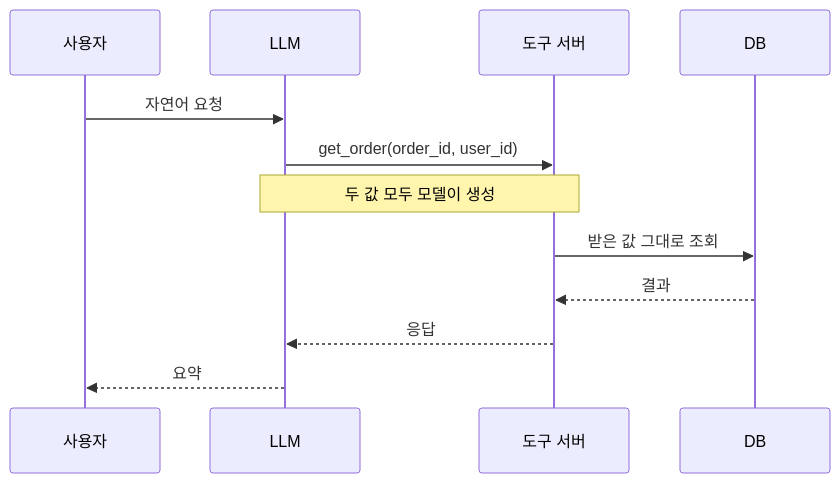
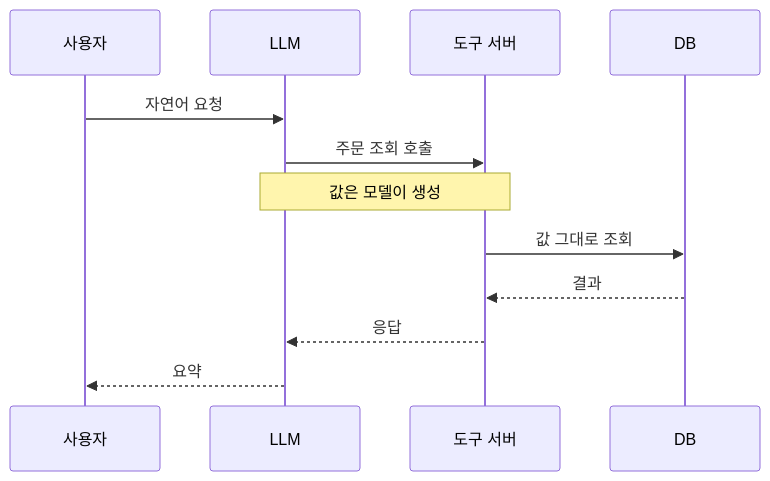
Before and after one commit to logiciris/logiciris.github.io: the diagram in _notes/llm-tool-parameter-tampering.md, drawn with Mermaid. The commit also changed 28 other files, not shown here.

Commit message:
Notes batches 1-2: qa fixes (accuracy, links, mermaid labels)

````diff
--- a/_notes/llm-tool-parameter-tampering.md
+++ b/_notes/llm-tool-parameter-tampering.md
@@ -22,14 +22,14 @@
 ```mermaid
 sequenceDiagram
     participant U as 사용자
     participant L as LLM
     participant T as 도구 서버
     participant D as DB
     U->>L: 자연어 요청
-    L->>T: get_order(order_id, user_id)
-    Note over L,T: 두 값 모두 모델이 생성
-    T->>D: 받은 값 그대로 조회
+    L->>T: 주문 조회 호출
+    Note over L,T: 값은 모델이 생성
+    T->>D: 값 그대로 조회
     D-->>T: 결과
     T-->>L: 응답
     L-->>U: 요약
 ```
````
